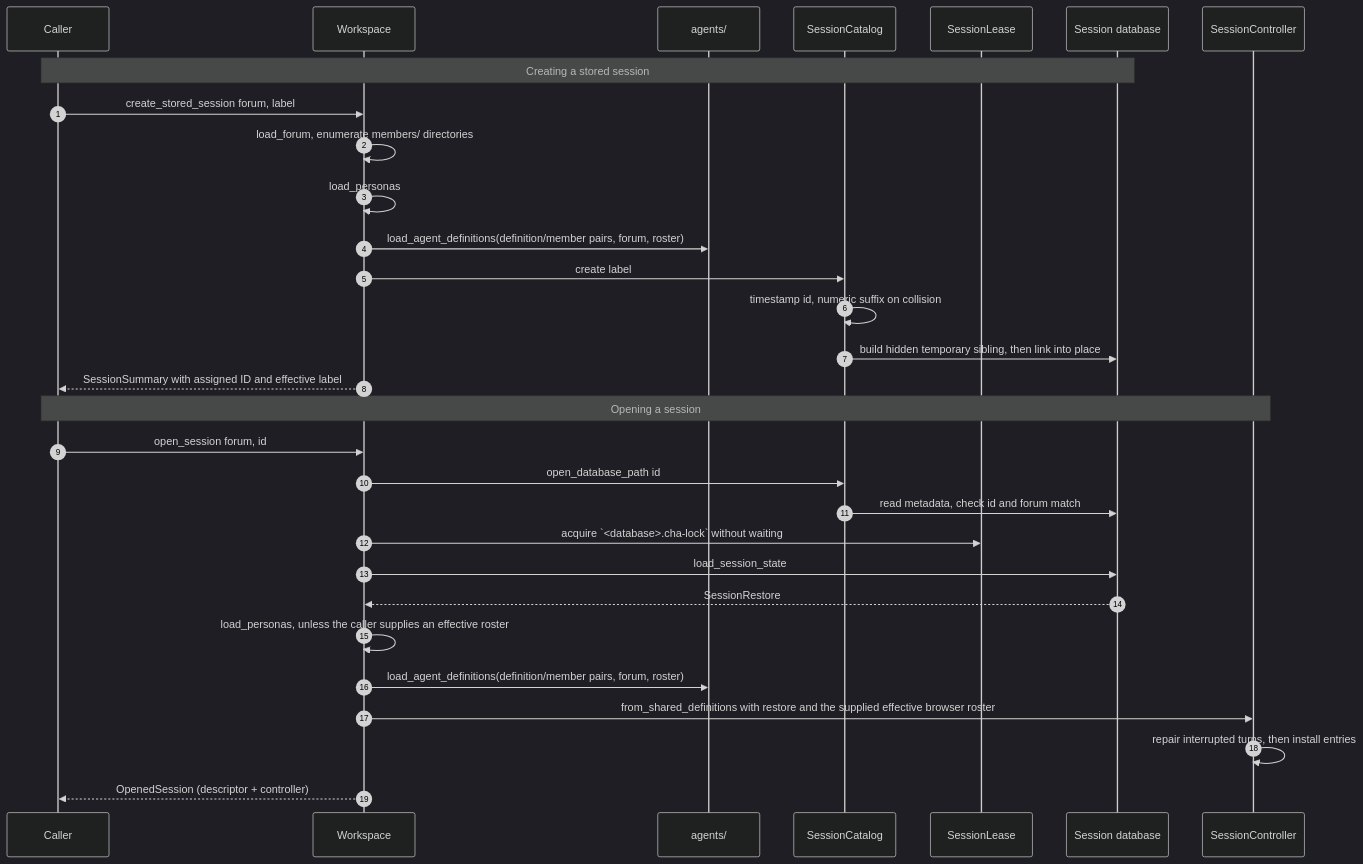
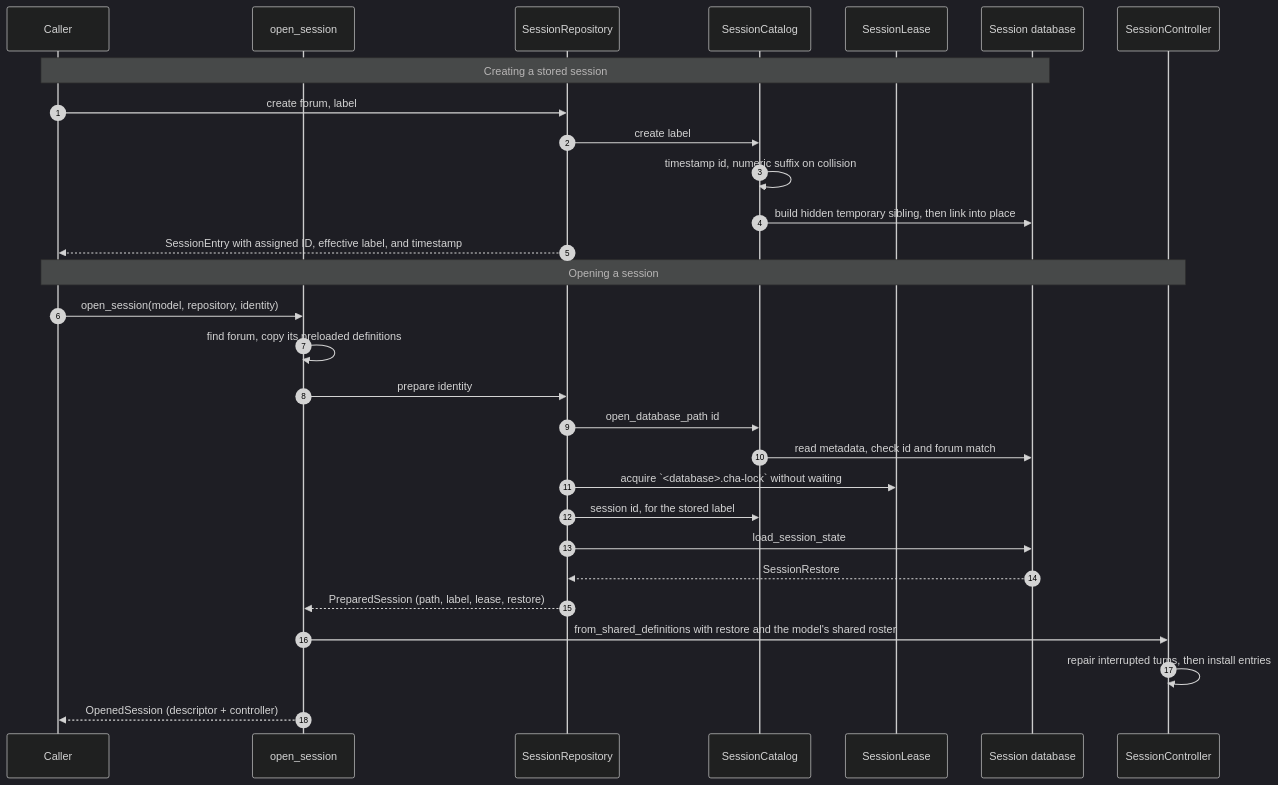
One commit to michaelpopov/cha changed the second of 4 diagrams in src/session/README.md. Above: the diagram before and after it, drawn with Mermaid (dark theme). The commit also changed other lines of this file and 55 other files, not shown here.

````diff
--- a/src/session/README.md
+++ b/src/session/README.md
@@ -117,34 +120,33 @@
 ```mermaid
 sequenceDiagram
     autonumber
     participant UI as Caller
-    participant WS as Workspace
-    participant AG as agents/
+    participant WM as open_session
+    participant WS as SessionRepository
     participant SC as SessionCatalog
     participant SL as SessionLease
     participant DB as Session database
     participant CC as SessionController
 
     Note over UI,DB: Creating a stored session
-    UI->>WS: create_stored_session forum, label
-    WS->>WS: load_forum, enumerate members/ directories
-    WS->>WS: load_personas
-    WS->>AG: load_agent_definitions(definition/member pairs, forum, roster)
+    UI->>WS: create forum, label
     WS->>SC: create label
     SC->>SC: timestamp id, numeric suffix on collision
     SC->>DB: build hidden temporary sibling, then link into place
-    WS-->>UI: SessionSummary with assigned ID and effective label
+    WS-->>UI: SessionEntry with assigned ID, effective label, and timestamp
 
     Note over UI,CC: Opening a session
-    UI->>WS: open_session forum, id
+    UI->>WM: open_session(model, repository, identity)
+    WM->>WM: find forum, copy its preloaded definitions
+    WM->>WS: prepare identity
     WS->>SC: open_database_path id
     SC->>DB: read metadata, check id and forum match
     WS->>SL: acquire `<database>.cha-lock` without waiting
+    WS->>SC: session id, for the stored label
     WS->>DB: load_session_state
     DB-->>WS: SessionRestore
-    WS->>WS: load_personas, unless the caller supplies an effective roster
-    WS->>AG: load_agent_definitions(definition/member pairs, forum, roster)
-    WS->>CC: from_shared_definitions with restore and the supplied effective browser roster
+    WS-->>WM: PreparedSession (path, label, lease, restore)
+    WM->>CC: from_shared_definitions with restore and the model's shared roster
     CC->>CC: repair interrupted turns, then install entries
-    WS-->>UI: OpenedSession (descriptor + controller)
+    WM-->>UI: OpenedSession (descriptor + controller)
 ```
````
